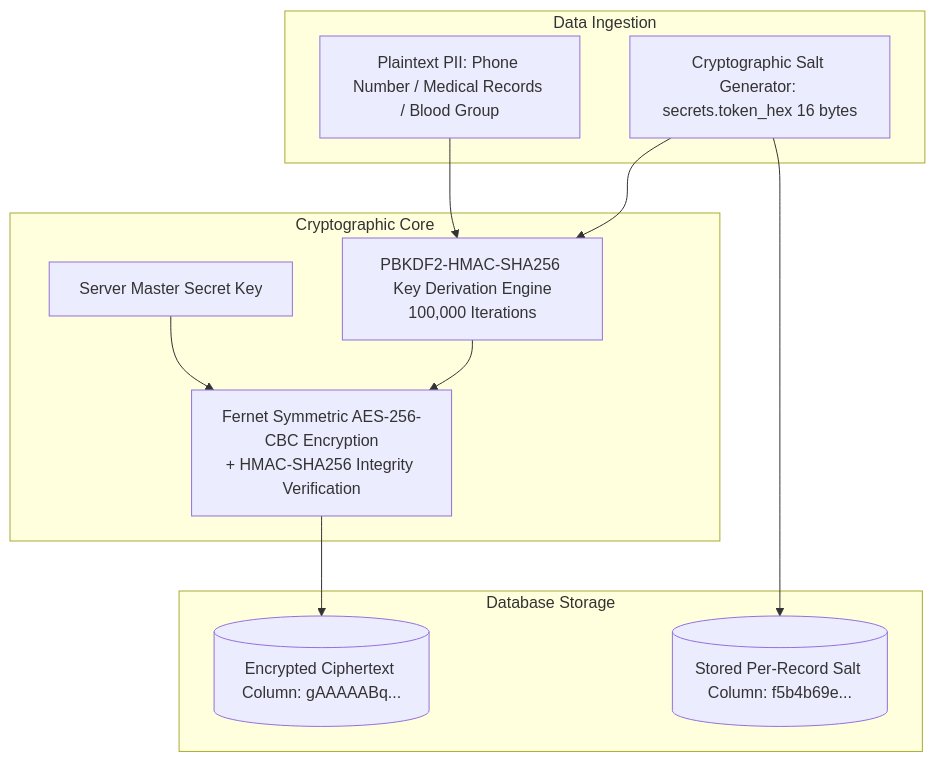
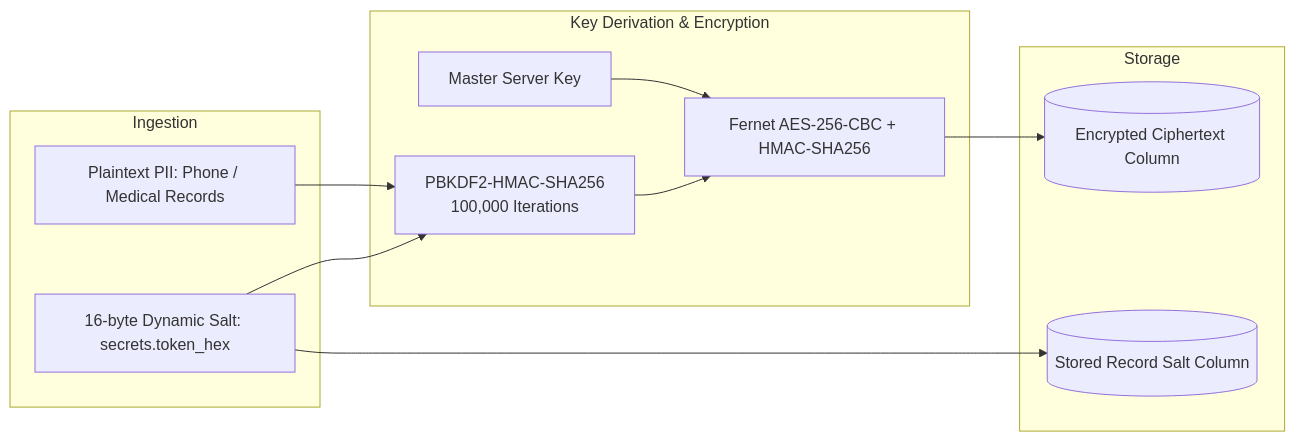
The fifth of 6 diagrams in system_specification.md (Script-By-Lin/KhuNyiKalSal), drawn with Mermaid before and after one commit. The commit also changed other lines of this file and 40 other files, not shown here.

````diff
--- a/system_specification.md
+++ b/system_specification.md
@@ -200,23 +273,23 @@
 ```mermaid
-flowchart TD
-    subgraph Data Ingestion
-        P[Plaintext PII: Phone Number / Medical Records / Blood Group]
-        S[Cryptographic Salt Generator: secrets.token_hex 16 bytes]
+flowchart LR
+    subgraph Ingestion
+        P[Plaintext PII: Phone / Medical Records]
+        S[16-byte Dynamic Salt: secrets.token_hex]
     end
 
-    subgraph Cryptographic Core
-        K[Server Master Secret Key]
-        D[PBKDF2-HMAC-SHA256 Key Derivation Engine<br/>100,000 Iterations]
-        F[Fernet Symmetric AES-256-CBC Encryption<br/>+ HMAC-SHA256 Integrity Verification]
+    subgraph Key Derivation & Encryption
+        K[Master Server Key]
+        D[PBKDF2-HMAC-SHA256<br/>100,000 Iterations]
+        F[Fernet AES-256-CBC + HMAC-SHA256]
     end
 
-    subgraph Database Storage
-        ENC[(Encrypted Ciphertext Column: gAAAAABq...)]
-        SALT[(Stored Per-Record Salt Column: f5b4b69e...)]
+    subgraph Storage
+        ENC[(Encrypted Ciphertext Column)]
+        SALT[(Stored Record Salt Column)]
     end
 
     P & S --> D
     K & D --> F
     F --> ENC
     S --> SALT
 ```
````
